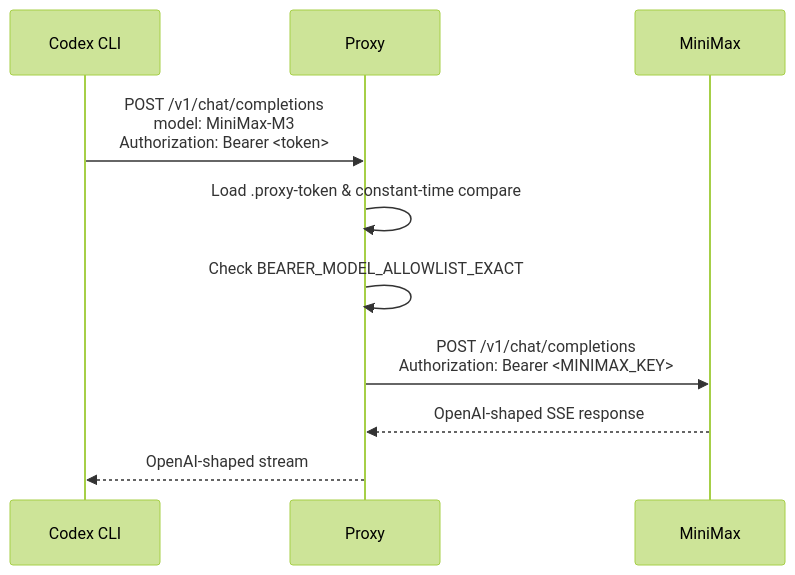
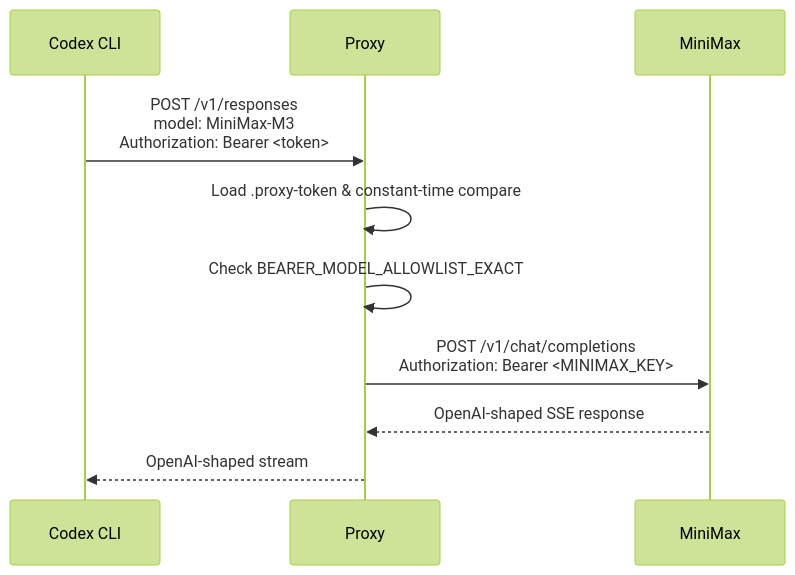
The fourth of 5 diagrams in docs/E2E-Blueprint.md (Ghenghis/claude_desktop_minimax), drawn with Mermaid (forest theme) before and after one commit. The commit also changed other lines of this file and 3 other files, not shown here.

Commit message:
docs: update README, ROADMAP, and Codex setup docs

````diff
--- a/docs/E2E-Blueprint.md
+++ b/docs/E2E-Blueprint.md
@@ -111,12 +111,12 @@
 ```mermaid
 sequenceDiagram
     participant C as Codex CLI
     participant P as Proxy
     participant M as MiniMax
-    C->>P: POST /v1/chat/completions<br/>model: MiniMax-M3<br/>Authorization: Bearer <token>
+    C->>P: POST /v1/responses<br/>model: MiniMax-M3<br/>Authorization: Bearer <token>
     P->>P: Load .proxy-token & constant-time compare
     P->>P: Check BEARER_MODEL_ALLOWLIST_EXACT
     P->>M: POST /v1/chat/completions<br/>Authorization: Bearer <MINIMAX_KEY>
     M-->>P: OpenAI-shaped SSE response
     P-->>C: OpenAI-shaped stream
 ```
````
